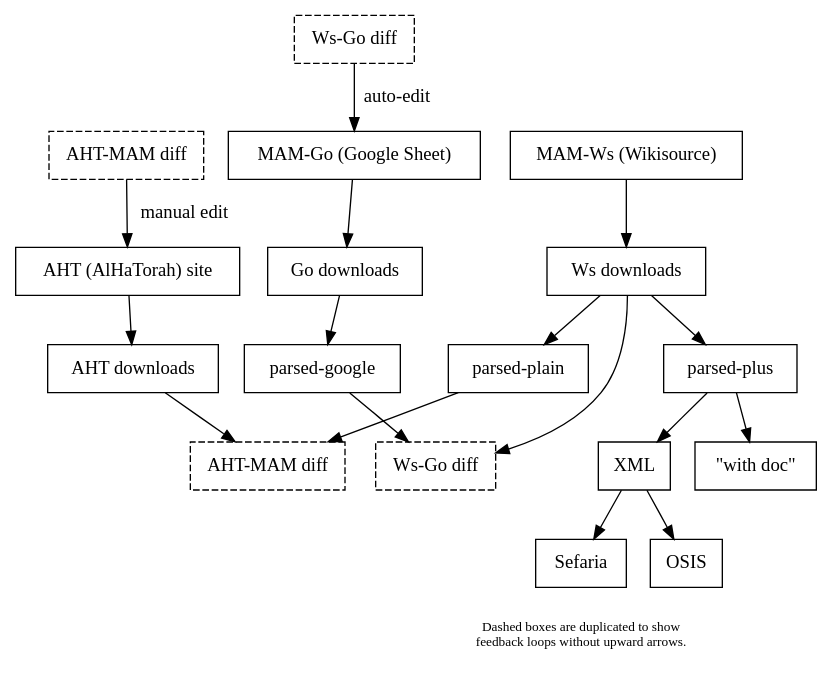
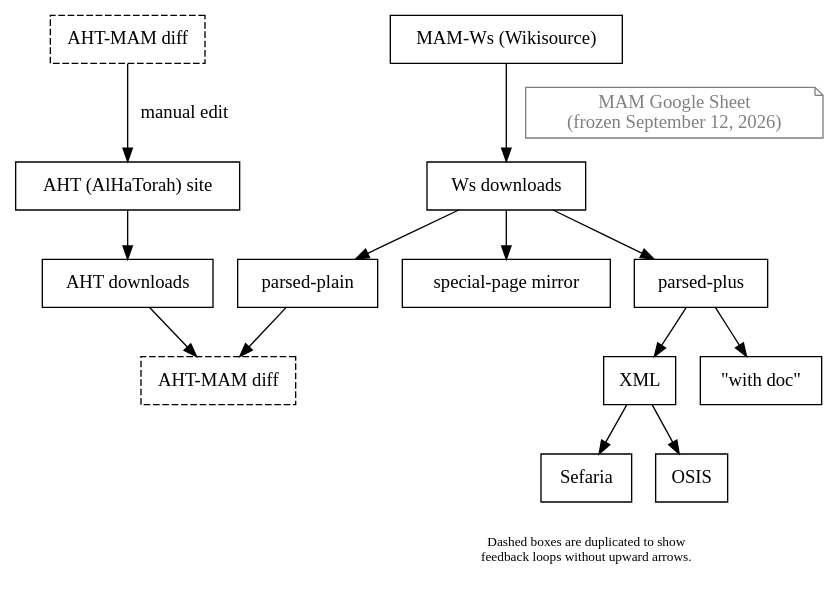
The diagram in doc/process-documentation/MAM-process.dot (bdenckla/MAM-basics), drawn with Graphviz before and after one commit. The commit also changed 134 other files, not shown here.

First line of the commit message:
Retire the MAM Google Sheet pipeline

```diff
--- a/doc/process-documentation/MAM-process.dot
+++ b/doc/process-documentation/MAM-process.dot
@@ -1,73 +1,65 @@
 digraph "MAM process" {
     rankdir=TB
     node [shape=box]
 
     // Sources
     AHT_site        [label="AHT (AlHaTorah) site"]
-    MAM_Go          [label="MAM-Go (Google Sheet)"]
     MAM_Ws          [label="MAM-Ws (Wikisource)"]
+    MAM_Go          [label="MAM Google Sheet\n(frozen September 12, 2026)" shape=note color=gray fontcolor=gray]
 
     // Downloads
     AHT_downloads   [label="AHT downloads"]
-    Go_downloads    [label="Go downloads"]
     Ws_downloads    [label="Ws downloads"]
+    Ws_special      [label="special-page mirror"]
 
     // Parsed
-    parsed_google   [label="parsed-google"]
     parsed_plain    [label="parsed-plain"]
     parsed_plus     [label="parsed-plus"]
-    {rank=same parsed_google parsed_plain parsed_plus}
-    parsed_google -> parsed_plain [style=invis]
+    {rank=same parsed_plain parsed_plus}
     parsed_plain -> parsed_plus [style=invis]
 
     // Diffs (dashed = pure sinks, broken from feedback loops)
     AHT_MAM_diff    [label="AHT-MAM diff" style=dashed]
-    Ws_Go_diff      [label="Ws-Go diff" style=dashed]
 
     // Output formats
     XML             [label="XML"]
     with_doc        [label="\"with doc\""]
 
 
     // XML sub-formats
     Sefaria         [label="Sefaria"]
 
     OSIS            [label="OSIS"]
 
     // Source -> Download
     AHT_site -> AHT_downloads
-    MAM_Go -> Go_downloads
     MAM_Ws -> Ws_downloads
 
     // Download -> Parsed
-    Go_downloads -> parsed_google
     Ws_downloads -> parsed_plain
     Ws_downloads -> parsed_plus
+    Ws_downloads -> Ws_special
 
     // Parsed -> Diffs
     parsed_plain -> AHT_MAM_diff
-    parsed_google -> Ws_Go_diff
     AHT_downloads -> AHT_MAM_diff
-    Ws_downloads -> Ws_Go_diff
 
     // Broken feedback loops (dashed source nodes)
     AHT_MAM_diff_source [label="AHT-MAM diff" style=dashed]
-    Ws_Go_diff_source   [label="Ws-Go diff" style=dashed]
 
     AHT_MAM_diff_source -> AHT_site [label="manual edit"]
-    Ws_Go_diff_source -> MAM_Go    [label="auto-edit"]
 
     // parsed-plus -> Output formats
     parsed_plus -> XML
     parsed_plus -> with_doc
 
 
     // XML -> Sub-formats
     XML -> Sefaria
 
     XML -> OSIS
 
     // Caption
     caption [label="Dashed boxes are duplicated to show\nfeedback loops without upward arrows." shape=plaintext fontsize=10]
     {rank=sink caption}
 }
```
